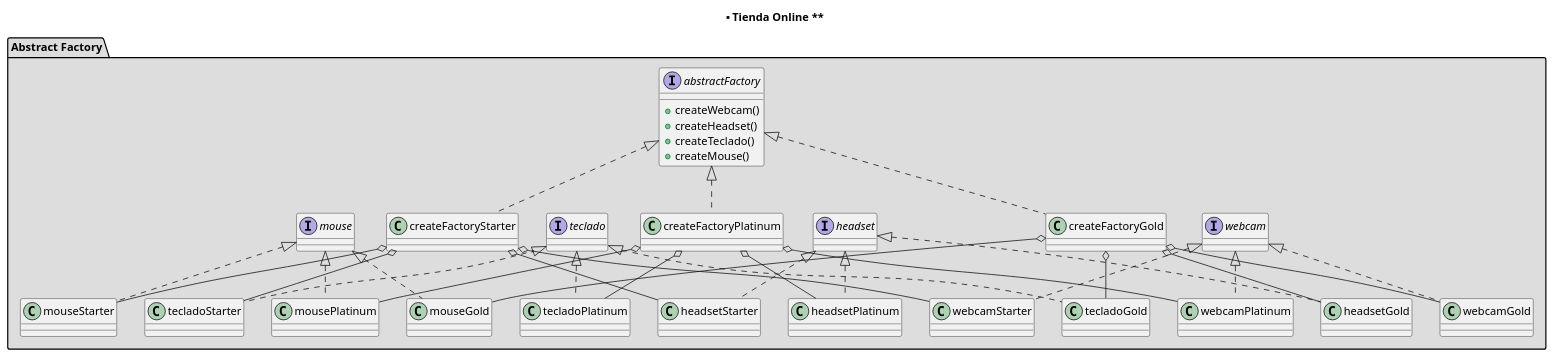
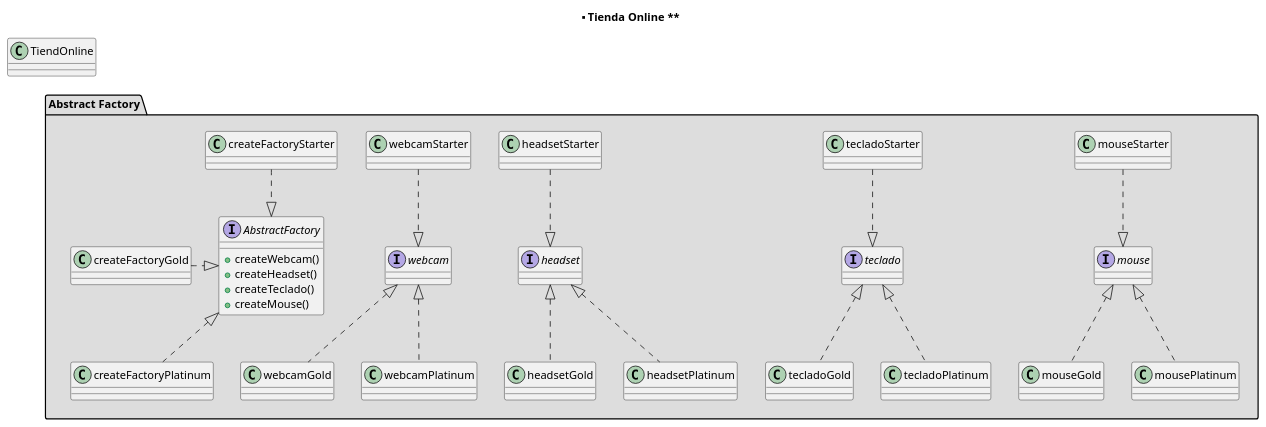
The diagram in Ejercicios/Patrones/TiendaOnline/diagrama/tiendaOnline.puml (LMontes94/ProgIII23), drawn with PlantUML before and after one commit. The commit also changed 15 other files, not shown here.

```diff
--- a/Ejercicios/Patrones/TiendaOnline/diagrama/tiendaOnline.puml
+++ b/Ejercicios/Patrones/TiendaOnline/diagrama/tiendaOnline.puml
@@ -1,59 +1,45 @@
 @startuml
 
 title ** Tienda Online **
 
+"Abstract Factory" -[hidden]u- TiendOnline
 package "Abstract Factory" #DDDDDD {
    'Clases'
-   interface abstractFactory{
+   interface AbstractFactory{
      + createWebcam()
      + createHeadset()
      + createTeclado()
      + createMouse()
    }
    
    
    interface webcam{}
    interface headset{}
    interface teclado{}
    interface mouse{}
 
 
     'Relaciones'
+   
+   AbstractFactory <|.u. createFactoryStarter
+   AbstractFactory <|.d. createFactoryPlatinum
+   AbstractFactory <|.l. createFactoryGold
 
-   abstractFactory <|.. createFactoryStarter
-   abstractFactory <|.. createFactoryPlatinum
-   abstractFactory <|.. createFactoryGold
+   webcam <|.u. webcamStarter
+   webcam <|.d. webcamPlatinum
+   webcam <|.d. webcamGold
 
-   createFactoryStarter o-- webcamStarter
-   createFactoryStarter o-- headsetStarter
-   createFactoryStarter o-- tecladoStarter 
-   createFactoryStarter o-- mouseStarter 
+   headset <|.u. headsetStarter
+   headset <|.d. headsetPlatinum
+   headset <|.d. headsetGold
 
-   createFactoryPlatinum o-- webcamPlatinum
-   createFactoryPlatinum o-- headsetPlatinum
-   createFactoryPlatinum o-- tecladoPlatinum 
-   createFactoryPlatinum o-- mousePlatinum 
-
-   createFactoryGold o-- webcamGold
-   createFactoryGold o-- headsetGold
-   createFactoryGold o-- tecladoGold 
-   createFactoryGold o-- mouseGold
-
-   webcam <|.. webcamStarter
-   webcam <|.. webcamPlatinum
-   webcam <|.. webcamGold
-
-   headset <|.. headsetStarter
-   headset <|.. headsetPlatinum
-   headset <|.. headsetGold
-
-   teclado <|.. tecladoStarter
-   teclado <|.. tecladoPlatinum
-   teclado <|.. tecladoGold
+   teclado <|.u. tecladoStarter
+   teclado <|.d. tecladoPlatinum
+   teclado <|.d. tecladoGold
    
-   mouse <|.. mouseStarter
-   mouse <|.. mousePlatinum
-   mouse <|.. mouseGold
+   mouse <|.u. mouseStarter
+   mouse <|.d. mousePlatinum
+   mouse <|.d. mouseGold
 }
 
 @enduml
```
